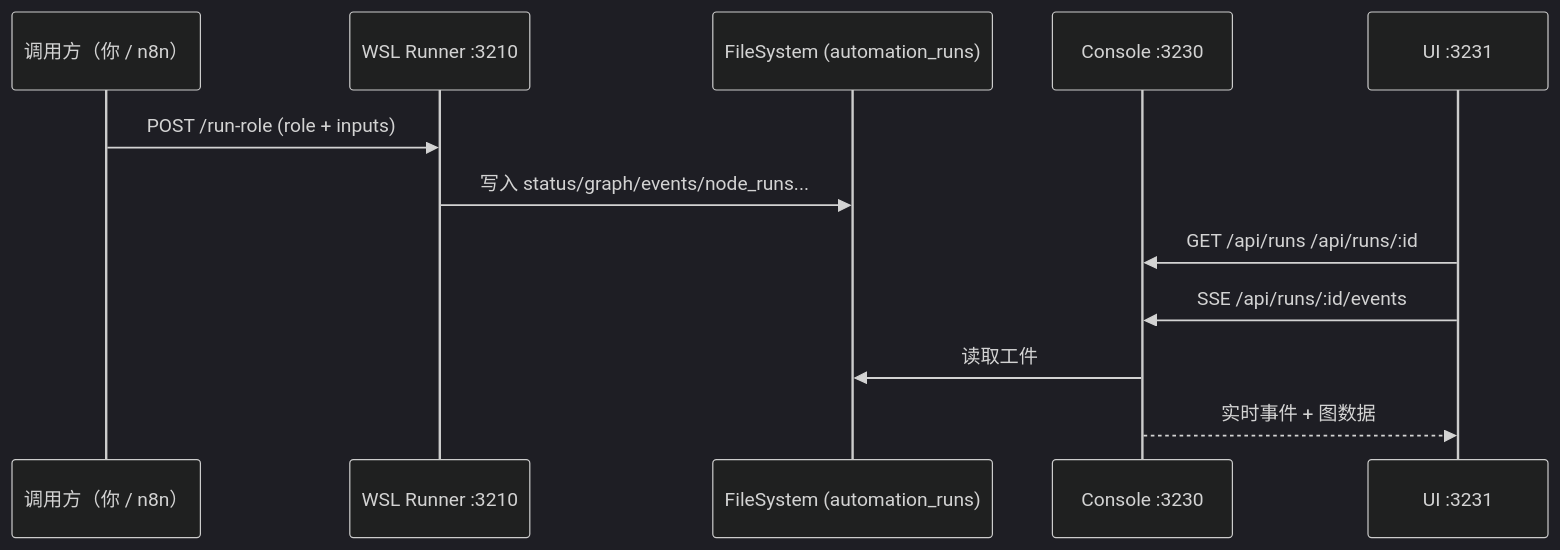
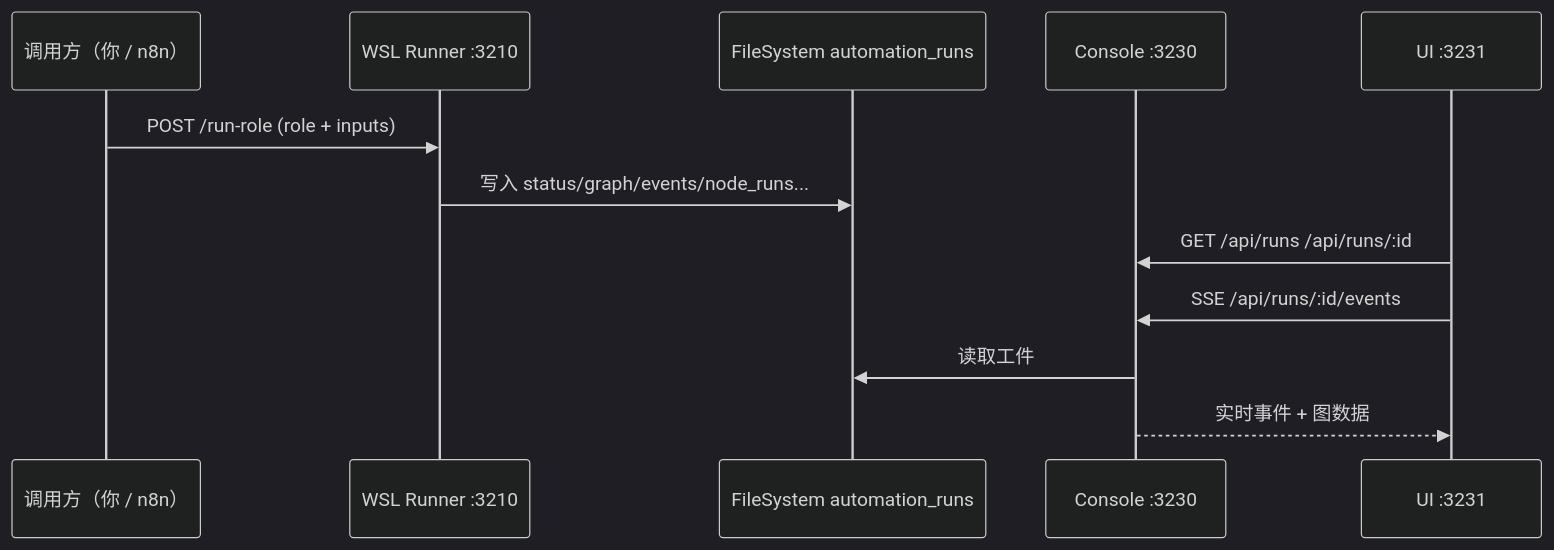
Before and after one commit to angelash/Footnote: the sixth of 6 diagrams in workflows/reusable/pipeline-sys/WORKFLOW-OVERVIEW.md, drawn with Mermaid (dark theme). The commit also changed other lines of this file and 1 other file, not shown here.

Commit message:
docs(pipeline-sys): refine mermaid flowcharts in README and WORKFLOW-OVERVIEW for improved clarity and consistency

````diff
--- a/workflows/reusable/pipeline-sys/WORKFLOW-OVERVIEW.md
+++ b/workflows/reusable/pipeline-sys/WORKFLOW-OVERVIEW.md
@@ -201,15 +201,15 @@
 ```mermaid
 sequenceDiagram
     participant U as 调用方（你 / n8n）
     participant R as WSL Runner :3210
-    participant FS as FileSystem (automation_runs)
+    participant FS as FileSystem automation_runs
     participant C as Console :3230
     participant UI as UI :3231
 
     U->>R: POST /run-role (role + inputs)
     R->>FS: 写入 status/graph/events/node_runs...
     UI->>C: GET /api/runs /api/runs/:id
     UI->>C: SSE /api/runs/:id/events
     C->>FS: 读取工件
     C-->>UI: 实时事件 + 图数据
 ```
````
